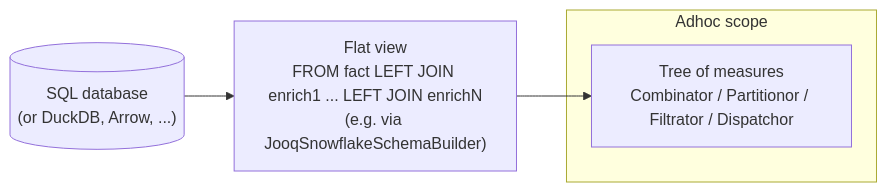
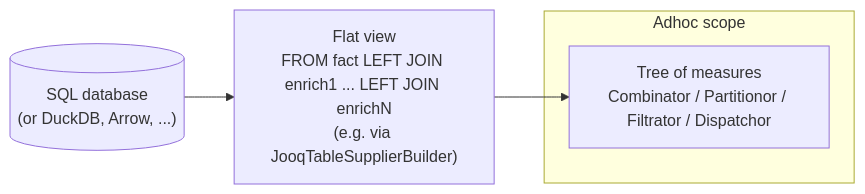
The second of 2 diagrams in atoti/README.MD (solven-eu/adhoc), drawn with Mermaid before and after one commit. The commit also changed other lines of this file and 111 other files, not shown here.

````diff
--- a/atoti/README.MD
+++ b/atoti/README.MD
@@ -97,9 +97,9 @@
 ```mermaid
 flowchart LR
     SQL[("SQL database<br/>(or DuckDB, Arrow, ...)")]
-    View["Flat view<br/>FROM fact LEFT JOIN enrich1 ... LEFT JOIN enrichN<br/>(e.g. via JooqSnowflakeSchemaBuilder)"]
+    View["Flat view<br/>FROM fact LEFT JOIN enrich1 ... LEFT JOIN enrichN<br/>(e.g. via JooqTableSupplierBuilder)"]
     subgraph Adhoc["Adhoc scope"]
         Forest["Tree of measures<br/>Combinator / Partitionor / Filtrator / Dispatchor"]
     end
     SQL --> View --> Forest
 ```
````
